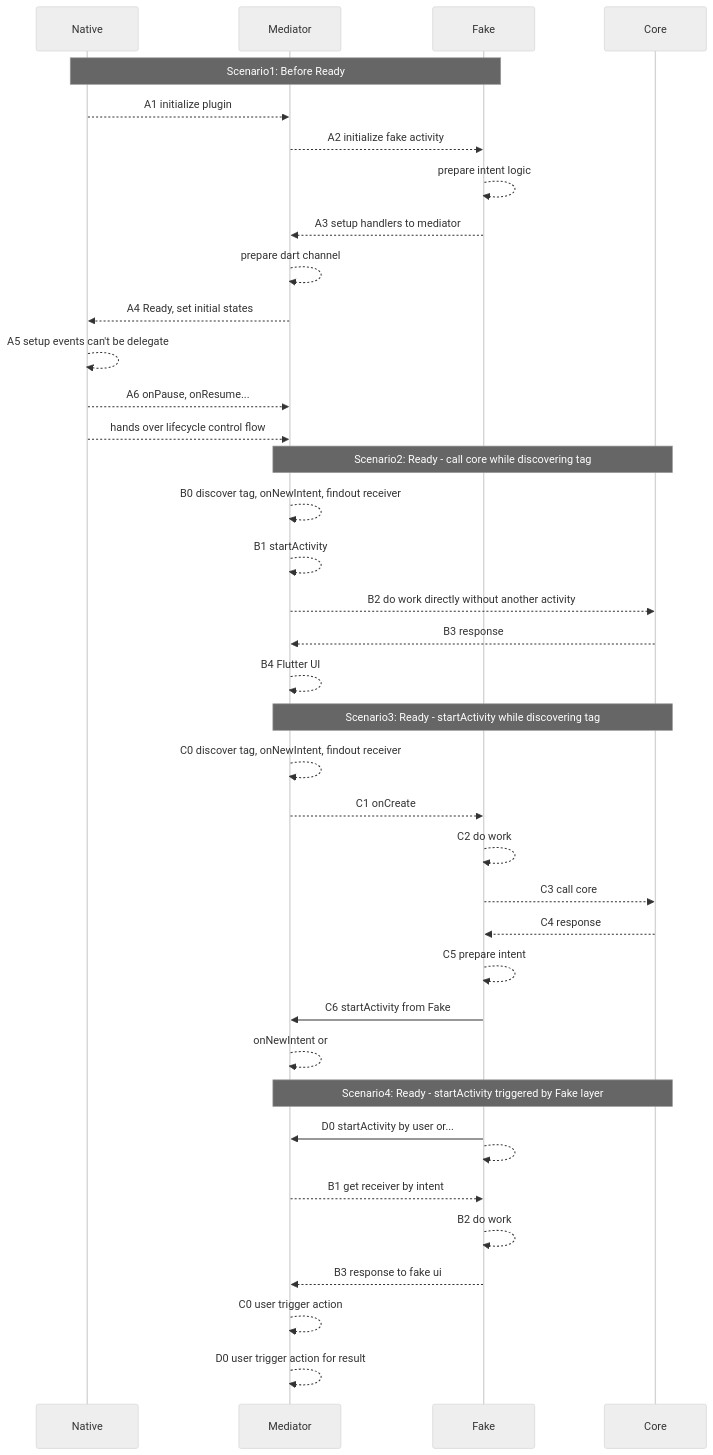
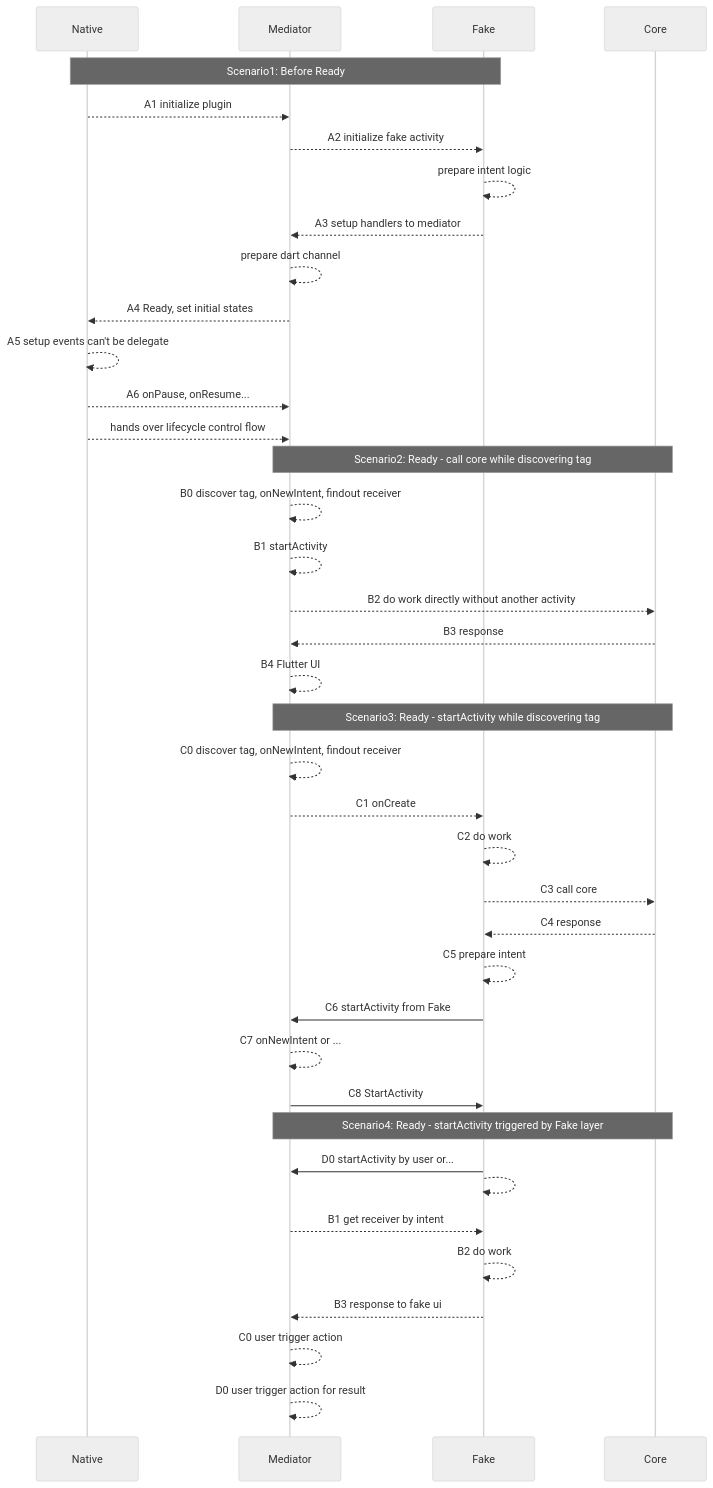
The second of 2 diagrams in flutter/addActivityResultListener.md (gordianknotC/nxp_note), drawn with Mermaid (neutral theme) before and after one commit. The commit also changed other lines of this file, not shown here.

Commit message:
flutter/addActivityResultListener.md updated from https://stackedit.io/

````diff
--- a/flutter/addActivityResultListener.md
+++ b/flutter/addActivityResultListener.md
@@ -55,58 +55,59 @@
 ```mermaid
 sequenceDiagram
 participant Native
 participant Mediator
 participant Fake
 participant Core
 
 
 Note over Native, Fake: Scenario1: Before Ready
 
 Native -->> Mediator: A1 initialize plugin
 Mediator -->> Fake: A2 initialize fake activity
 Fake -->> Fake: prepare intent logic
 Fake -->> Mediator: A3 setup handlers to mediator
 Mediator -->> Mediator: prepare dart channel
 Mediator -->> Native: A4 Ready, set initial states
 Native -->> Native: A5 setup events can't be delegate
 Native -->> Mediator: A6 onPause, onResume...
 Native -->> Mediator: hands over lifecycle control flow
 
 
 Note over Mediator, Core: Scenario2: Ready - call core while discovering tag 
 
 Mediator-->> Mediator: B0 discover tag, onNewIntent, findout receiver
 Mediator-->>Mediator: B1 startActivity
 Mediator-->>Core: B2 do work directly without another activity
 Core-->>Mediator: B3 response
 Mediator-->>Mediator: B4 Flutter UI
 
 
 Note over Mediator, Core: Scenario3: Ready - startActivity while discovering tag
 
 Mediator-->> Mediator: C0 discover tag, onNewIntent, findout receiver
 Mediator-->>Fake: C1 onCreate
 Fake-->>Fake: C2 do work
 Fake-->>Core:C3 call core
 Core-->>Fake:C4 response
 Fake-->>Fake:C5 prepare intent
 Fake->>Mediator: C6 startActivity from Fake
-Mediator-->>Mediator: onNewIntent or
+Mediator-->>Mediator: C7 onNewIntent or ...
+Mediator->>Fake: C8 StartActivity
 
 Note over Mediator, Core: Scenario4: Ready - startActivity triggered by Fake layer
 
 Fake->>Mediator: D0 startActivity by user or...
 Fake-->>Fake: 
 
 
 Mediator-->>Fake: B1 get receiver by intent
 Fake-->>Fake:B2 do work
 
 Fake-->>Mediator:B3 response to fake ui
 
  
  Mediator-->>Mediator: C0 user trigger action
  
  Mediator-->>Mediator: D0 user trigger action for result
 
 ```
````
